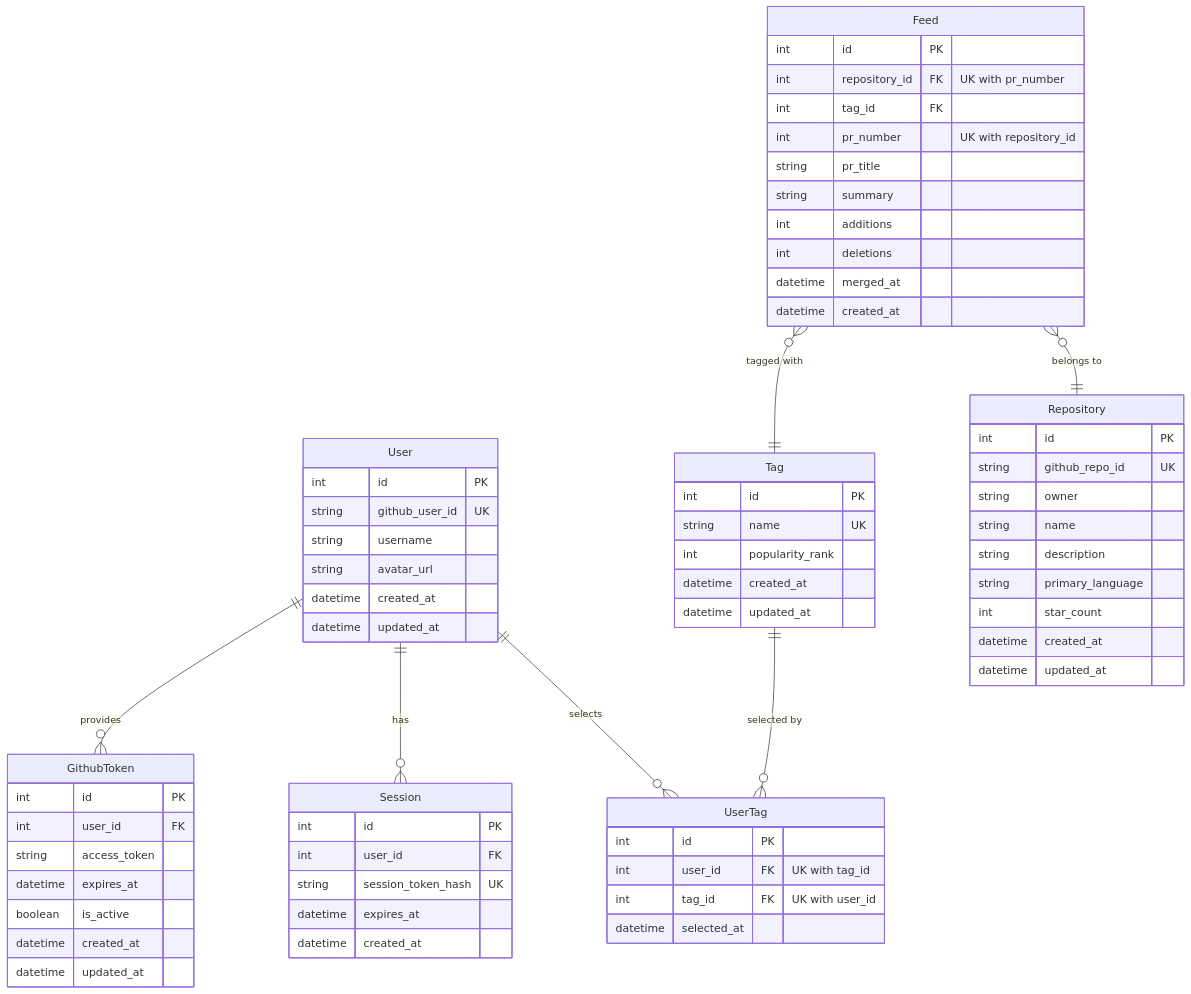
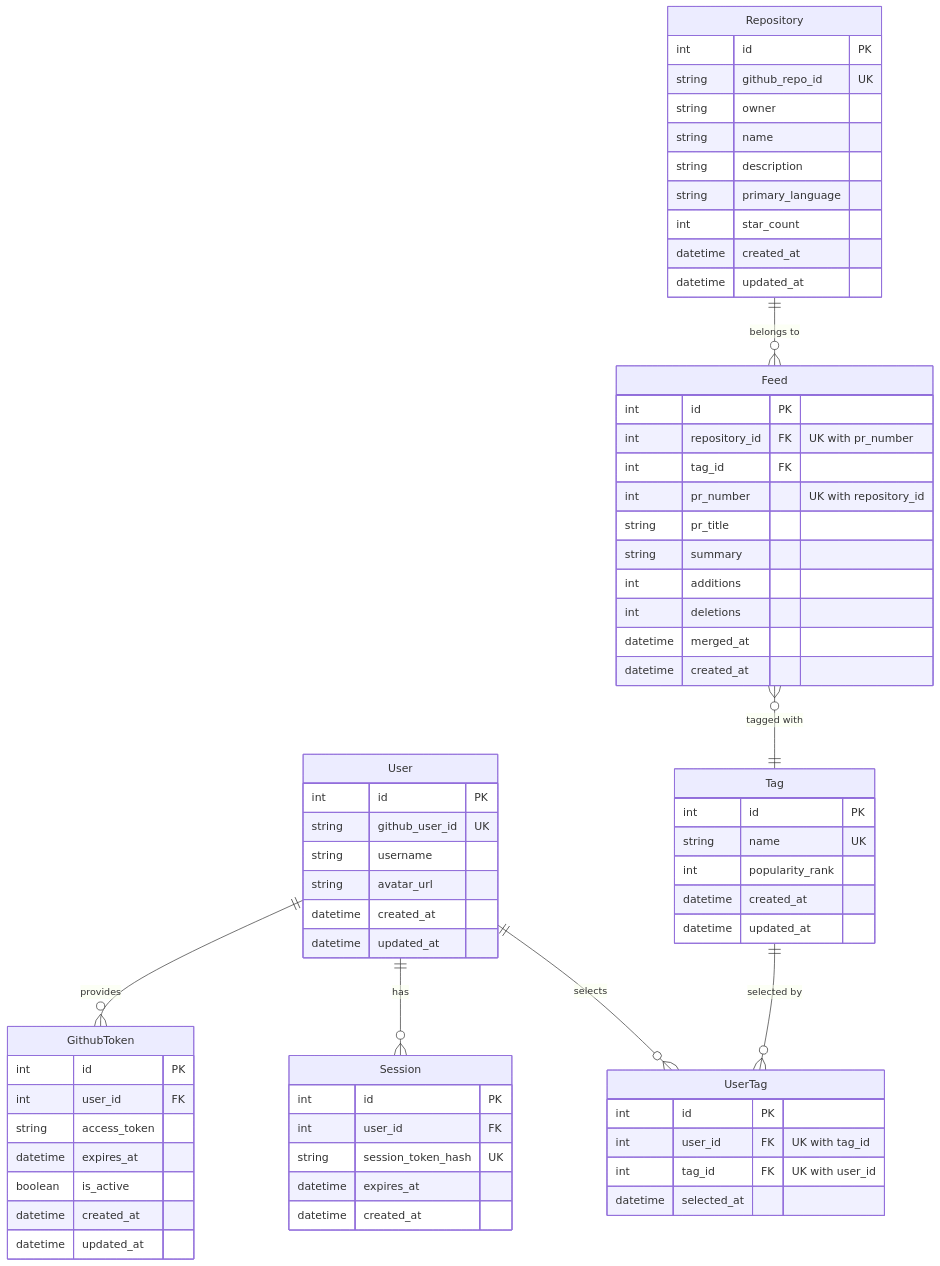
Before and after one commit to tsukuneA1/git-feed: the diagram in docs/er-diagram.md, drawn with Mermaid.

````diff
--- a/docs/er-diagram.md
+++ b/docs/er-diagram.md
@@ -1,76 +1,76 @@
 ```mermaid
 erDiagram
     User ||--o{ UserTag : "selects"
     Tag ||--o{ UserTag : "selected by"
     User ||--o{ Session : "has"
     User ||--o{ GithubToken : "provides"
-    Feed }o--|| Repository : "belongs to"
+    Repository ||--o{ Feed: "belongs to"
     Feed }o--|| Tag : "tagged with"
 
     User {
         int id PK
         string github_user_id UK
         string username
         string avatar_url
         datetime created_at
         datetime updated_at
     }
 
     GithubToken {
         int id PK
         int user_id FK
         string access_token
         datetime expires_at
         boolean is_active
         datetime created_at
         datetime updated_at
     }
 
     Tag {
         int id PK
         string name UK
         int popularity_rank
         datetime created_at
         datetime updated_at
     }
 
     UserTag {
         int id PK
         int user_id FK "UK with tag_id"
         int tag_id FK "UK with user_id"
         datetime selected_at
     }
 
     Session {
         int id PK
         int user_id FK
         string session_token_hash UK
         datetime expires_at
         datetime created_at
     }
 
     Repository {
         int id PK
         string github_repo_id UK
         string owner
         string name
         string description
         string primary_language
         int star_count
         datetime created_at
         datetime updated_at
     }
 
     Feed {
         int id PK
         int repository_id FK "UK with pr_number"
         int tag_id FK
         int pr_number "UK with repository_id"
         string pr_title
         string summary
         int additions
         int deletions
         datetime merged_at
         datetime created_at
     }
 ```
````
